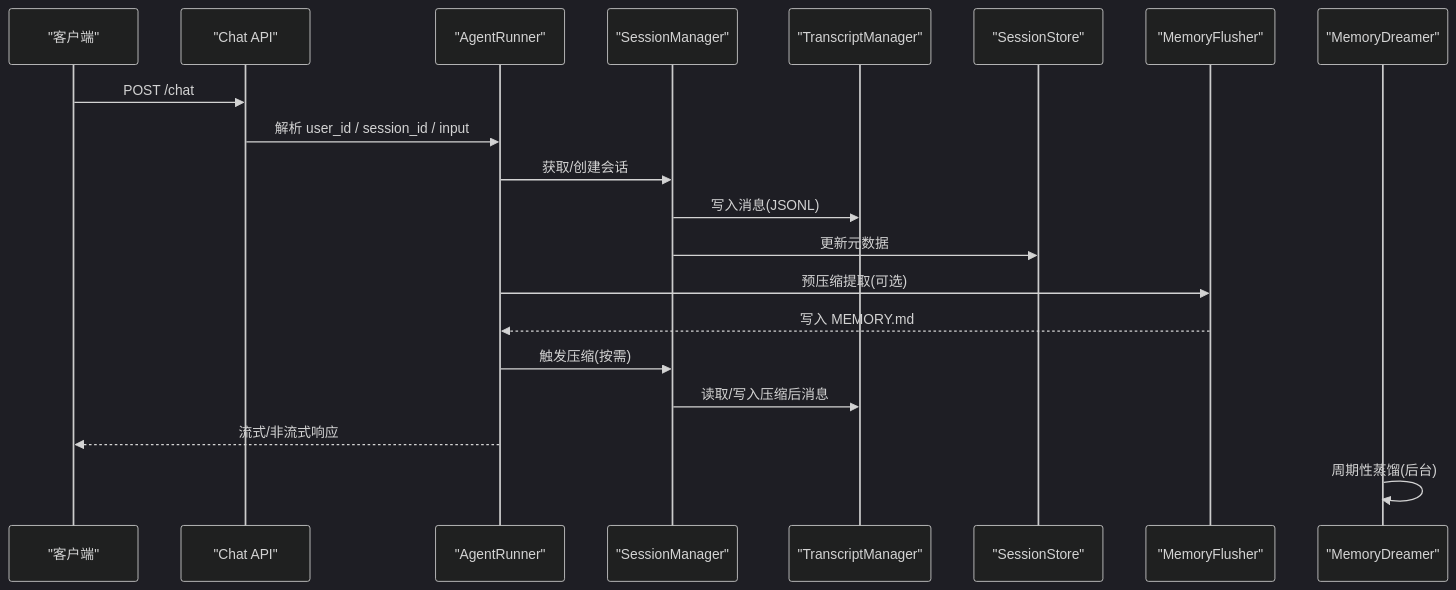
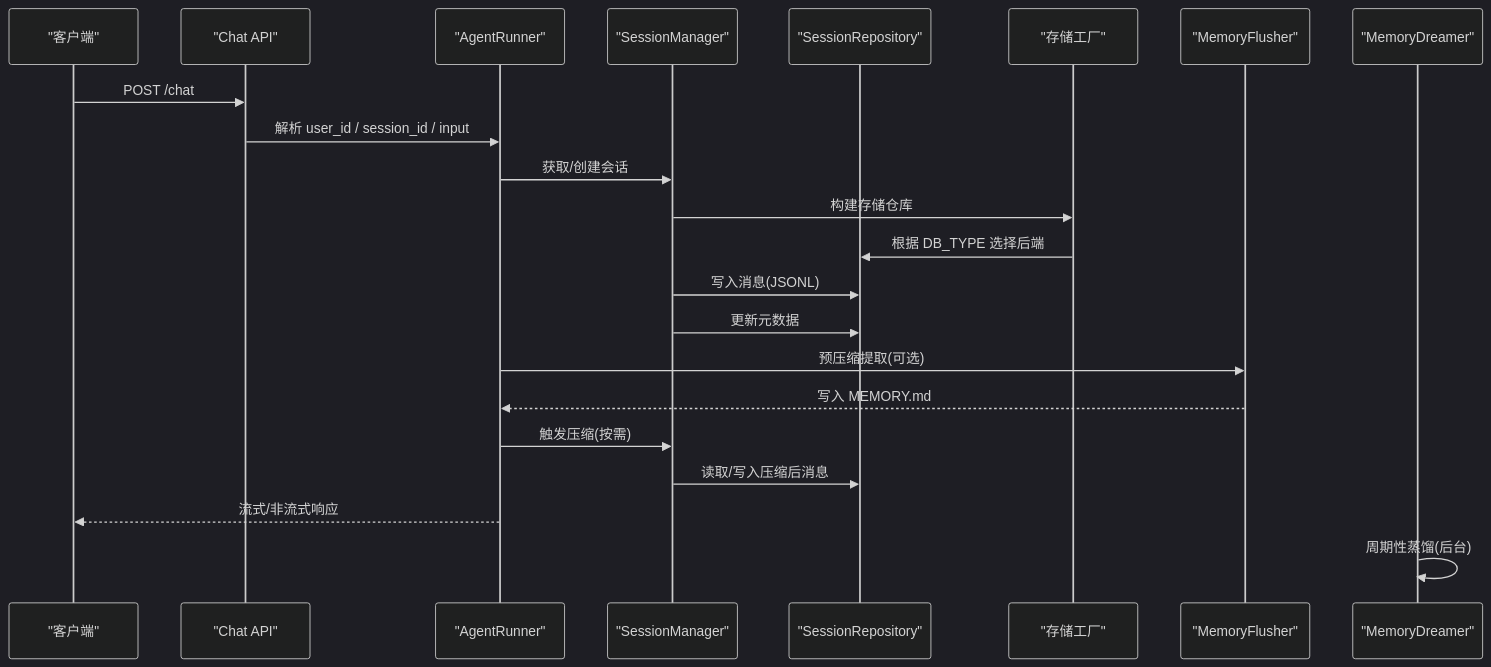
Before and after one commit to YU-JI-KUI/ark-agentic: the second of 9 diagrams in repowiki/zh/content/架构设计/会话与内存管理/会话与内存管理.md, drawn with Mermaid (dark theme). The commit also changed other lines of this file and 116 other files, not shown here.

````diff
--- a/repowiki/zh/content/架构设计/会话与内存管理/会话与内存管理.md
+++ b/repowiki/zh/content/架构设计/会话与内存管理/会话与内存管理.md
@@ -106,22 +142,24 @@
 ```mermaid
 sequenceDiagram
 participant Client as "客户端"
 participant Chat as "Chat API"
 participant Agent as "AgentRunner"
 participant SM as "SessionManager"
-participant TM as "TranscriptManager"
-participant SS as "SessionStore"
+participant SR as "SessionRepository"
+participant SF as "存储工厂"
 participant MF as "MemoryFlusher"
 participant MD as "MemoryDreamer"
 Client->>Chat : POST /chat
 Chat->>Agent : 解析 user_id / session_id / input
 Agent->>SM : 获取/创建会话
-SM->>TM : 写入消息(JSONL)
-SM->>SS : 更新元数据
+SM->>SF : 构建存储仓库
+SF->>SR : 根据 DB_TYPE 选择后端
+SM->>SR : 写入消息(JSONL)
+SM->>SR : 更新元数据
 Agent->>MF : 预压缩提取(可选)
 MF-->>Agent : 写入 MEMORY.md
 Agent->>SM : 触发压缩(按需)
-SM->>TM : 读取/写入压缩后消息
+SM->>SR : 读取/写入压缩后消息
 Agent-->>Client : 流式/非流式响应
 MD->>MD : 周期性蒸馏(后台)
 ```
````
